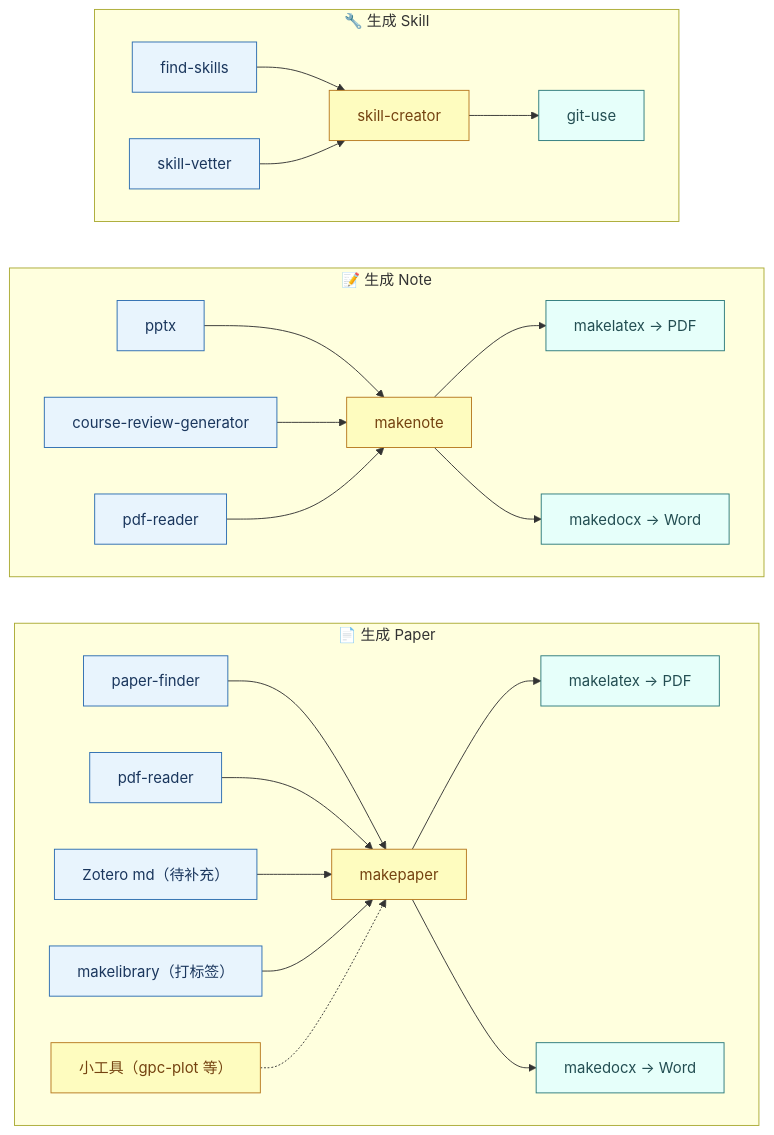
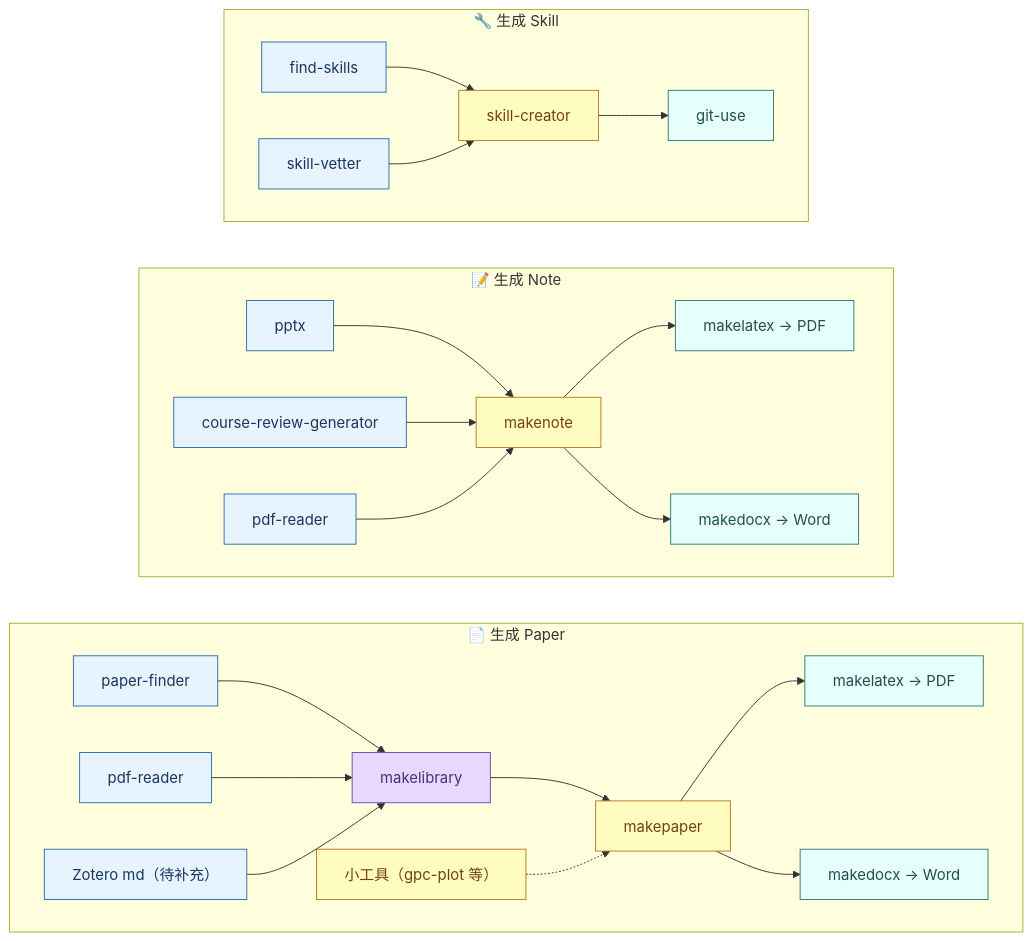
One commit to han90059005/han-skills changed the diagram in README.md. Above: the diagram before and after it, drawn with Mermaid. The commit also changed other lines of this file, not shown here.

Commit message:
Restructure flowchart to 4 layers with makelibrary as library stage

````diff
--- a/README.md
+++ b/README.md
@@ -25,33 +25,34 @@
 ```mermaid
 flowchart LR
     classDef src fill:#e8f4fd,stroke:#2b6cb0,color:#1a365d
     classDef core fill:#fefcbf,stroke:#b7791f,color:#744210
     classDef out fill:#e6fffa,stroke:#2c7a7b,color:#234e52
+    classDef lib fill:#e9d8fd,stroke:#6b46c1,color:#44337a
 
     subgraph P["📄 生成 Paper"]
         direction LR
-        PF["paper-finder"]:::src --> MP["makepaper"]:::core
-        PR["pdf-reader"]:::src --> MP
-        ZM["Zotero md（待补充）"]:::src --> MP
-        ML["makelibrary（打标签）"]:::src --> MP
+        PF["paper-finder"]:::src --> ML["makelibrary"]:::lib
+        PR["pdf-reader"]:::src --> ML
+        ZM["Zotero md（待补充）"]:::src --> ML
+        ML --> MP["makepaper"]:::core
         TL["小工具（gpc-plot 等）"]:::core -.-> MP
         MP --> ML1["makelatex → PDF"]:::out
         MP --> PD1["makedocx → Word"]:::out
     end
 
     subgraph N["📝 生成 Note"]
         direction LR
         PT["pptx"]:::src --> MN["makenote"]:::core
         CR["course-review-generator"]:::src --> MN
         PR2["pdf-reader"]:::src --> MN
         MN --> ML2["makelatex → PDF"]:::out
         MN --> PD2["makedocx → Word"]:::out
     end
 
     subgraph S["🔧 生成 Skill"]
         direction LR
         FS["find-skills"]:::src --> SC["skill-creator"]:::core
         SV["skill-vetter"]:::src --> SC
         SC --> GU["git-use"]:::out
     end
 ```
````
